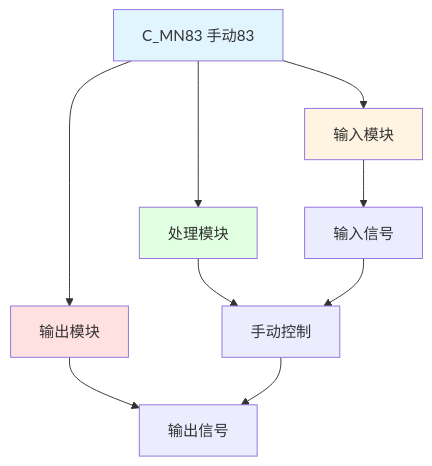
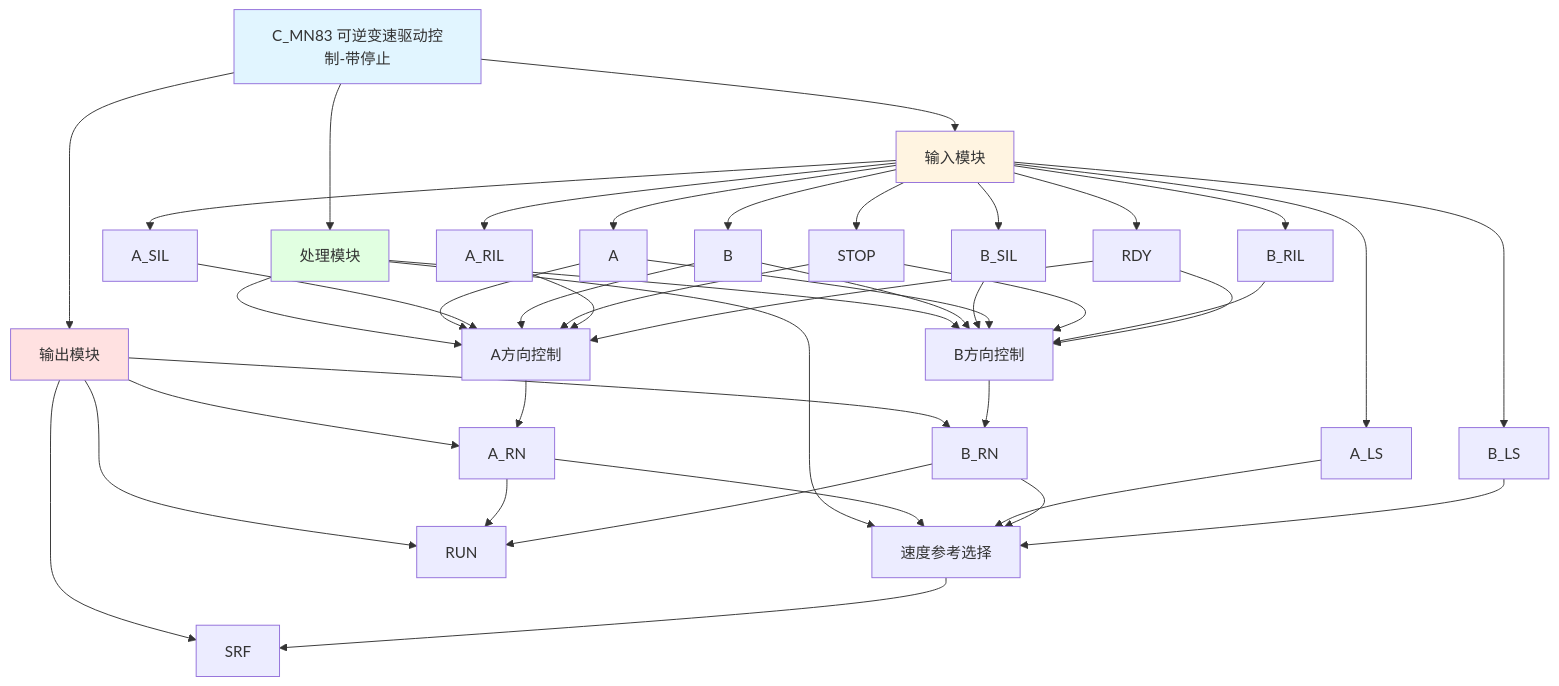
The diagram in C_MN83_分析报告.md (dlgt6/c), drawn with Mermaid before and after one commit. The commit also changed other lines of this file and 25 other files, not shown here.

````diff
--- a/C_MN83_分析报告.md
+++ b/C_MN83_分析报告.md
@@ -19,20 +28,53 @@
 ```mermaid
 graph TD
-    A[C_MN83 手动83] --> B[输入模块]
+    A[C_MN83 可逆变速驱动控制-带停止] --> B[输入模块]
     A --> C[处理模块]
     A --> D[输出模块]
     
-    B --> B1[输入信号]
+    B --> B1[A]
+    B --> B2[B]
+    B --> B3[A_SIL]
+    B --> B4[B_SIL]
+    B --> B5[STOP]
+    B --> B6[A_RIL]
+    B --> B7[B_RIL]
+    B --> B8[RDY]
+    B --> B9[A_LS]
+    B --> B10[B_LS]
     
-    C --> C1[手动控制]
+    C --> C1[A方向控制]
+    C --> C2[B方向控制]
+    C --> C3[速度参考选择]
     
-    D --> D1[输出信号]
+    D --> D1[A_RN]
+    D --> D2[B_RN]
+    D --> D3[RUN]
+    D --> D4[SRF]
     
     B1 --> C1
+    B3 --> C1
+    B2 --> C1
+    B5 --> C1
+    B6 --> C1
+    B8 --> C1
     C1 --> D1
+    B2 --> C2
+    B4 --> C2
+    B1 --> C2
+    B5 --> C2
+    B7 --> C2
+    B8 --> C2
+    C2 --> D2
+    D1 --> D3
+    D2 --> D3
+    D1 --> C3
+    B9 --> C3
+    D2 --> C3
+    B10 --> C3
+    C3 --> D4
     
     style A fill:#e1f5ff
     style B fill:#fff4e1
     style C fill:#e1ffe1
     style D fill:#ffe1e1
 ```
````
